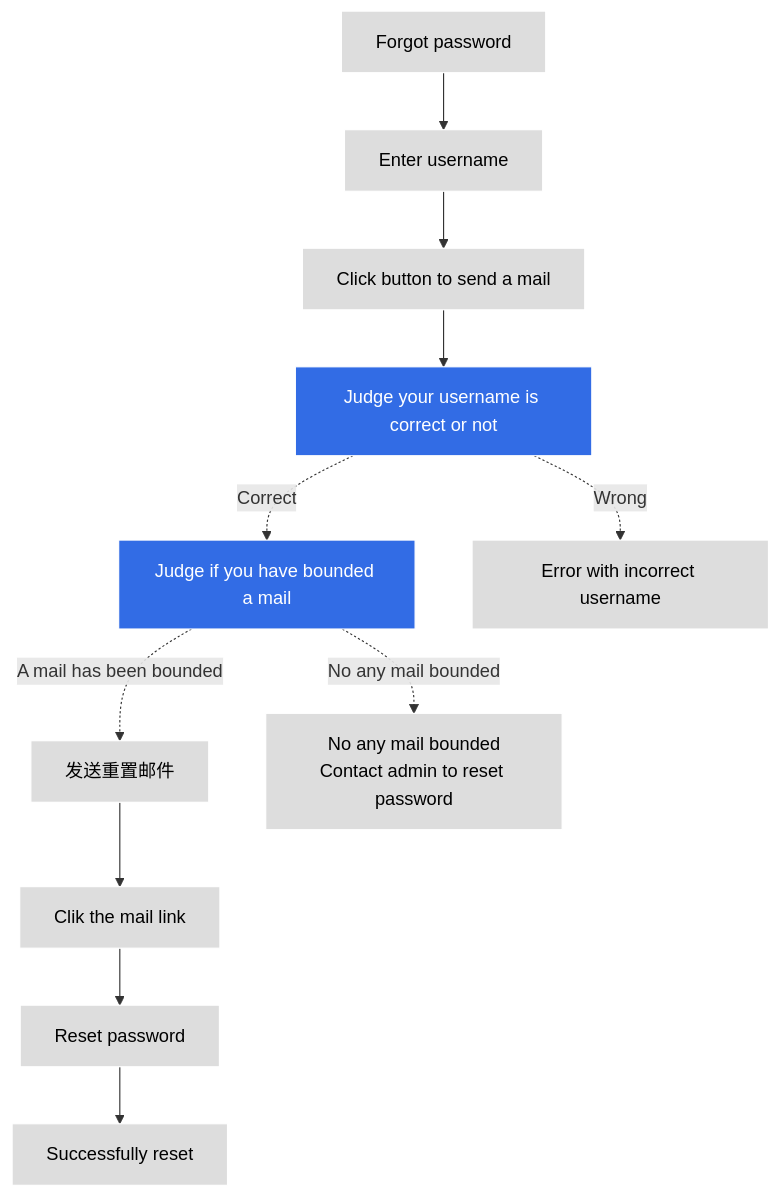
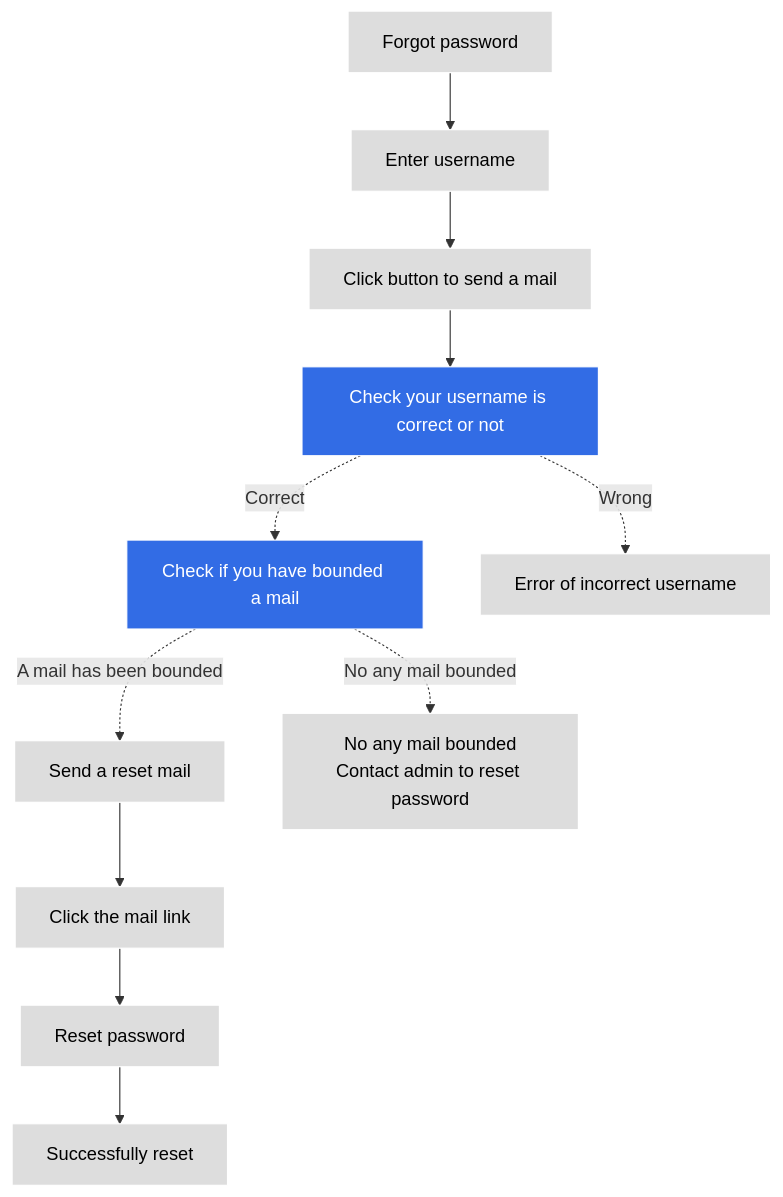
The diagram in docs/en/docs/ghippo/04UserGuide/password.md (DaoCloud/DaoCloud-docs), drawn with Mermaid before and after one commit. The commit also changed other lines of this file and 2 other files, not shown here.

Commit message:
add mermaid in storage pages

````diff
--- a/docs/en/docs/ghippo/04UserGuide/password.md
+++ b/docs/en/docs/ghippo/04UserGuide/password.md
@@ -38,22 +38,22 @@
 ```mermaid
 graph TB
 
 pass[Forgot password] --> usern[Enter username]
---> button[Click button to send a mail] --> judge1[Judge your username is correct or not]
+--> button[Click button to send a mail] --> judge1[Check your username is correct or not]
 
-    judge1 -.Correct.-> judge2[Judge if you have bounded a mail]
-    judge1 -.Wrong.-> tip1[Error with incorrect username]
+    judge1 -.Correct.-> judge2[Check if you have bounded a mail]
+    judge1 -.Wrong.-> tip1[Error of incorrect username]
     
-        judge2 -.A mail has been bounded.-> send[发送重置邮件]
+        judge2 -.A mail has been bounded.-> send[Send a reset mail]
         judge2 -.No any mail bounded.-> tip2[No any mail bounded<br>Contact admin to reset password]
         
-send --> click[Clik the mail link] --> reset[Reset password]
+send --> click[Click the mail link] --> reset[Reset password]
 --> success[Successfully reset]
 
 classDef plain fill:#ddd,stroke:#fff,stroke-width:1px,color:#000;
 classDef k8s fill:#326ce5,stroke:#fff,stroke-width:1px,color:#fff;
 classDef cluster fill:#fff,stroke:#bbb,stroke-width:1px,color:#326ce5;
 
 class pass,usern,button,tip1,send,tip2,send,click,reset,success plain;
 class judge1,judge2 k8s
 ```
````
